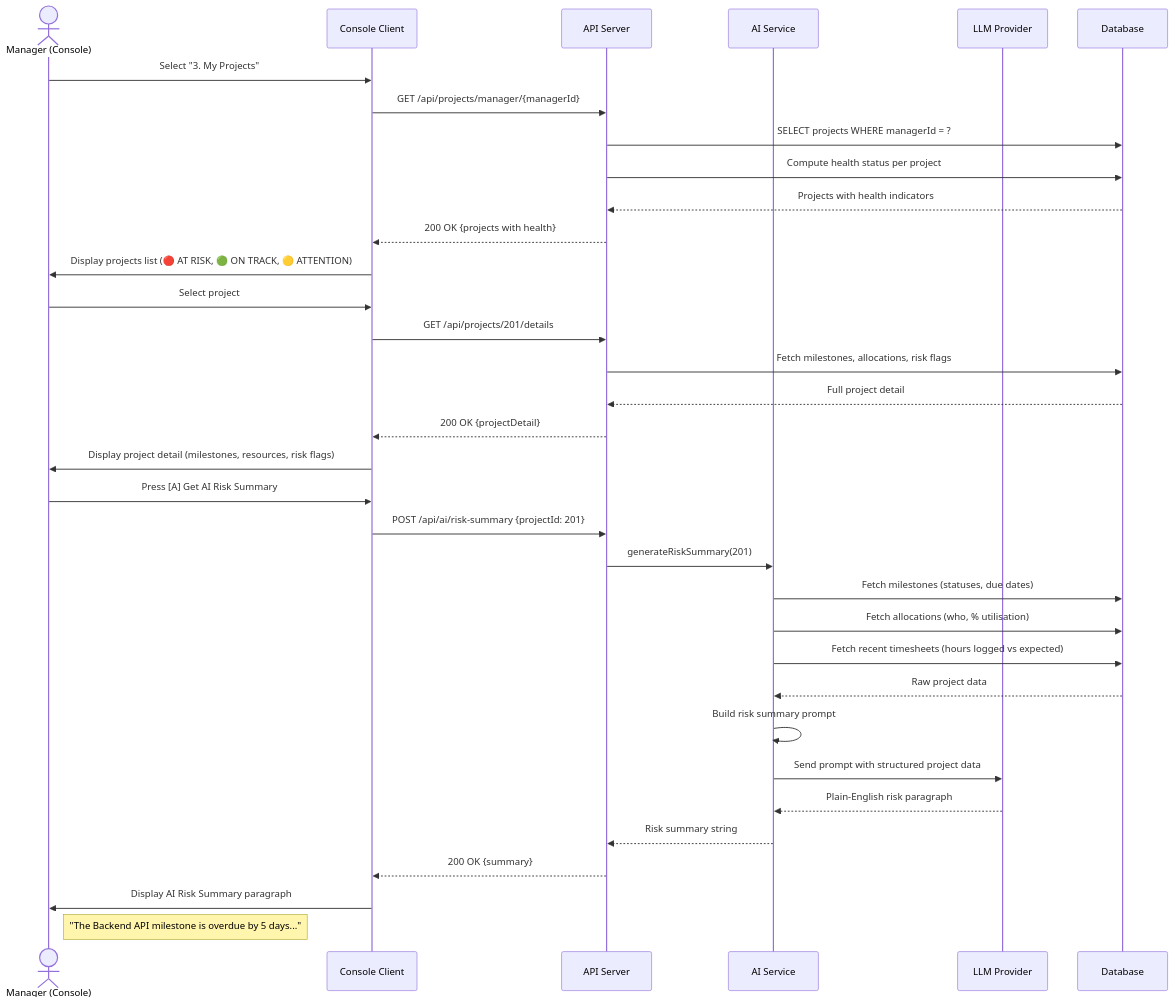
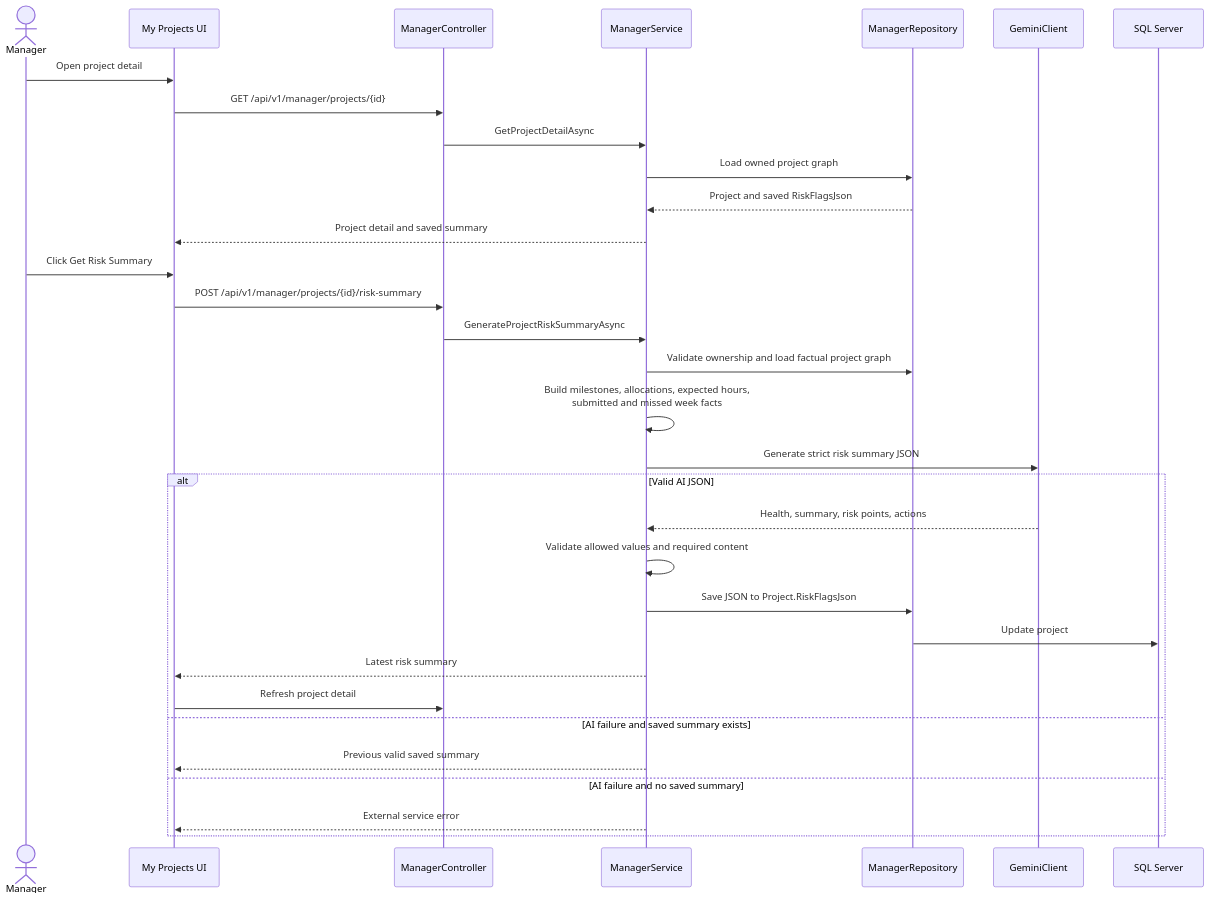
One commit to AayushGargITT/AayushGarg-LearnCode-2025-26 changed diagram 15 of 17 in ResourceMindAi/readme.md. Above: the diagram before and after it, drawn with Mermaid. The commit also changed other lines of this file, not shown here.

Commit message:
docs(readme): update architecture and diagrams to reflect latest PRM workflows

````diff
--- a/ResourceMindAi/readme.md
+++ b/ResourceMindAi/readme.md
@@ -926,43 +702,37 @@
 ```mermaid
 sequenceDiagram
-    actor M as Manager (Console)
-    participant C as Console Client
-    participant S as API Server
-    participant AI as AI Service
-    participant LLM as LLM Provider
-    participant DB as Database
+    actor Manager
+    participant UI as My Projects UI
+    participant API as ManagerController
+    participant Service as ManagerService
+    participant Repo as ManagerRepository
+    participant LLM as GeminiClient
+    participant DB as SQL Server
 
-    M->>C: Select "3. My Projects"
+    Manager->>UI: Open project detail
+    UI->>API: GET /api/v1/manager/projects/{id}
+    API->>Service: GetProjectDetailAsync
+    Service->>Repo: Load owned project graph
+    Repo-->>Service: Project and saved RiskFlagsJson
+    Service-->>UI: Project detail and saved summary
 
-    C->>S: GET /api/projects/manager/{managerId}
-    S->>DB: SELECT projects WHERE managerId = ?
-    S->>DB: Compute health status per project
-    DB-->>S: Projects with health indicators
-    S-->>C: 200 OK {projects with health}
-    C->>M: Display projects list (🔴 AT RISK, 🟢 ON TRACK, 🟡 ATTENTION)
+    Manager->>UI: Click Get Risk Summary
+    UI->>API: POST /api/v1/manager/projects/{id}/risk-summary
+    API->>Service: GenerateProjectRiskSummaryAsync
+    Service->>Repo: Validate ownership and load factual project graph
+    Service->>Service: Build milestones, allocations, expected hours,<br/>submitted and missed week facts
+    Service->>LLM: Generate strict risk summary JSON
 
-    M->>C: Select project #1 (Alpha Portal)
-
-    C->>S: GET /api/projects/201/details
-    S->>DB: Fetch milestones, allocations, risk flags
-    DB-->>S: Full project detail
-    S-->>C: 200 OK {projectDetail}
-    C->>M: Display project detail (milestones, resources, risk flags)
-
-    M->>C: Press [A] Get AI Risk Summary
-
-    C->>S: POST /api/ai/risk-summary {projectId: 201}
-    S->>AI: generateRiskSummary(201)
-    AI->>DB: Fetch milestones (statuses, due dates)
-    AI->>DB: Fetch allocations (who, % utilisation)
-    AI->>DB: Fetch recent timesheets (hours logged vs expected)
-    DB-->>AI: Raw project data
-    AI->>AI: Build risk summary prompt
-    AI->>LLM: Send prompt with structured project data
-    LLM-->>AI: Plain-English risk paragraph
-    AI-->>S: Risk summary string
-
-    S-->>C: 200 OK {summary}
-    C->>M: Display AI Risk Summary paragraph
-    Note right of M: "The Backend API milestone is overdue by 5 days..."
+    alt Valid AI JSON
+        LLM-->>Service: Health, summary, risk points, actions
+        Service->>Service: Validate allowed values and required content
+        Service->>Repo: Save JSON to Project.RiskFlagsJson
+        Repo->>DB: Update project
+        Service-->>UI: Latest risk summary
+        UI->>API: Refresh project detail
+    else AI failure and saved summary exists
+        Service-->>UI: Previous valid saved summary
+    else AI failure and no saved summary
+        Service-->>UI: External service error
+    end
 ```
````
